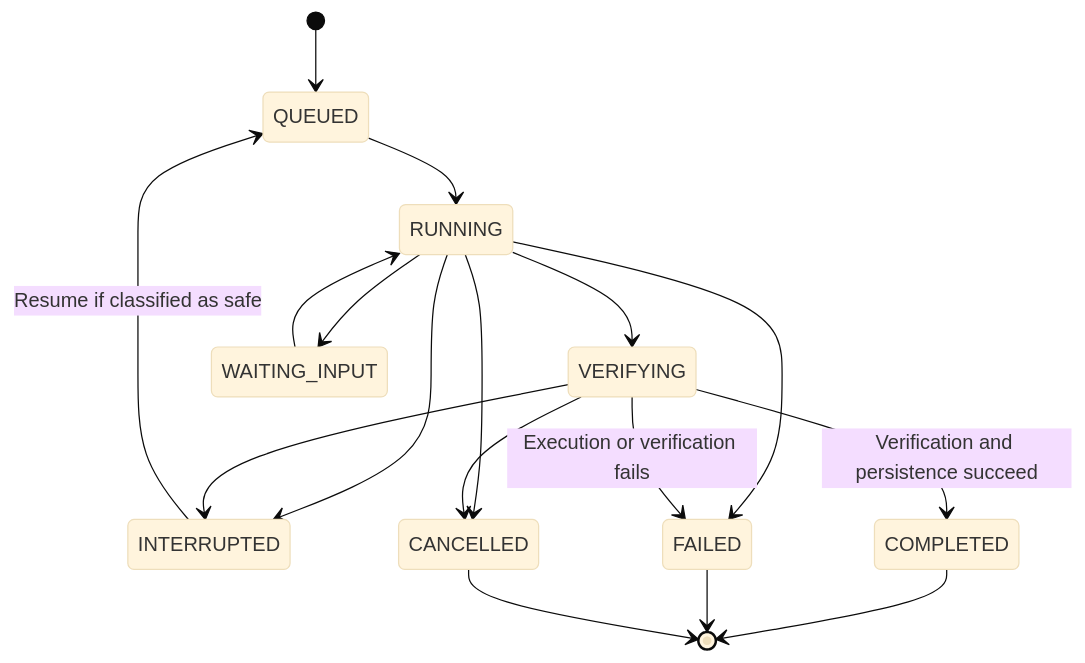
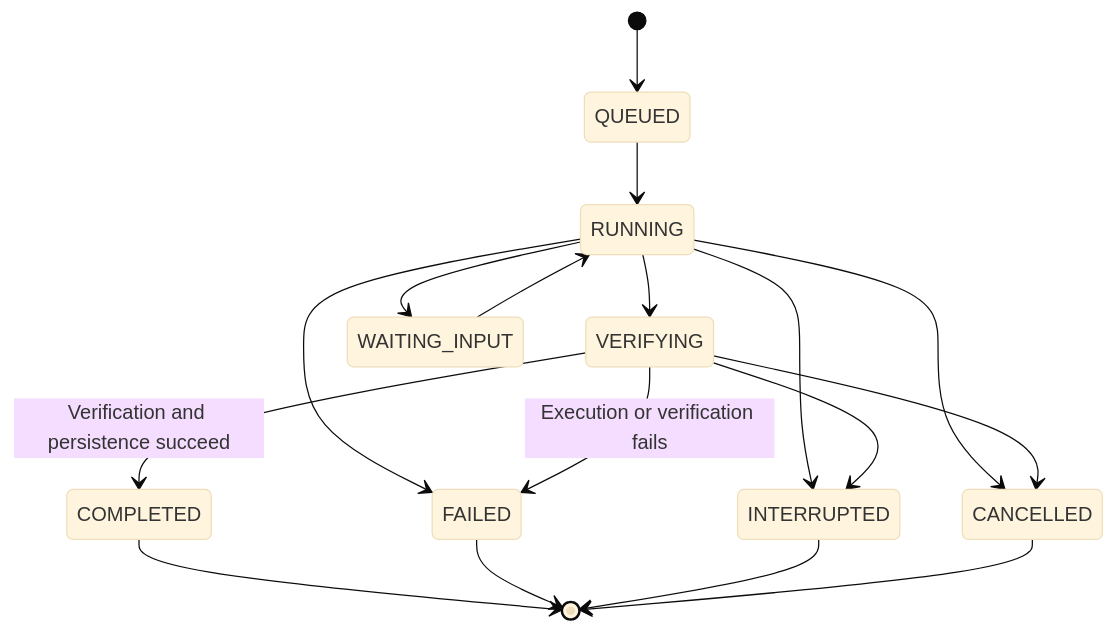
One commit to kyyinfinite/EURUS changed the second of 2 diagrams in README.md. Above: the diagram before and after it, drawn with Mermaid (base theme). The commit also changed other lines of this file and 61 other files, not shown here.

````diff
--- a/README.md
+++ b/README.md
@@ -139,19 +120,19 @@
 ```mermaid
 stateDiagram-v2
     [*] --> QUEUED
     QUEUED --> RUNNING
     RUNNING --> VERIFYING
     RUNNING --> WAITING_INPUT
     WAITING_INPUT --> RUNNING
     RUNNING --> INTERRUPTED
     RUNNING --> FAILED
     RUNNING --> CANCELLED
     VERIFYING --> COMPLETED: Verification and persistence succeed
     VERIFYING --> FAILED: Execution or verification fails
     VERIFYING --> INTERRUPTED
     VERIFYING --> CANCELLED
-    INTERRUPTED --> QUEUED: Resume if classified as safe
     COMPLETED --> [*]
     FAILED --> [*]
+    INTERRUPTED --> [*]
     CANCELLED --> [*]
 ```
````
